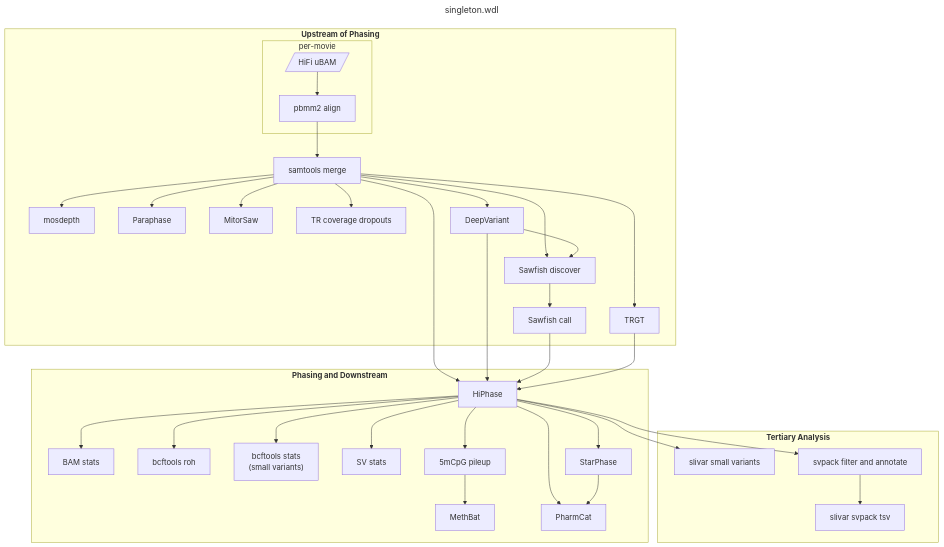
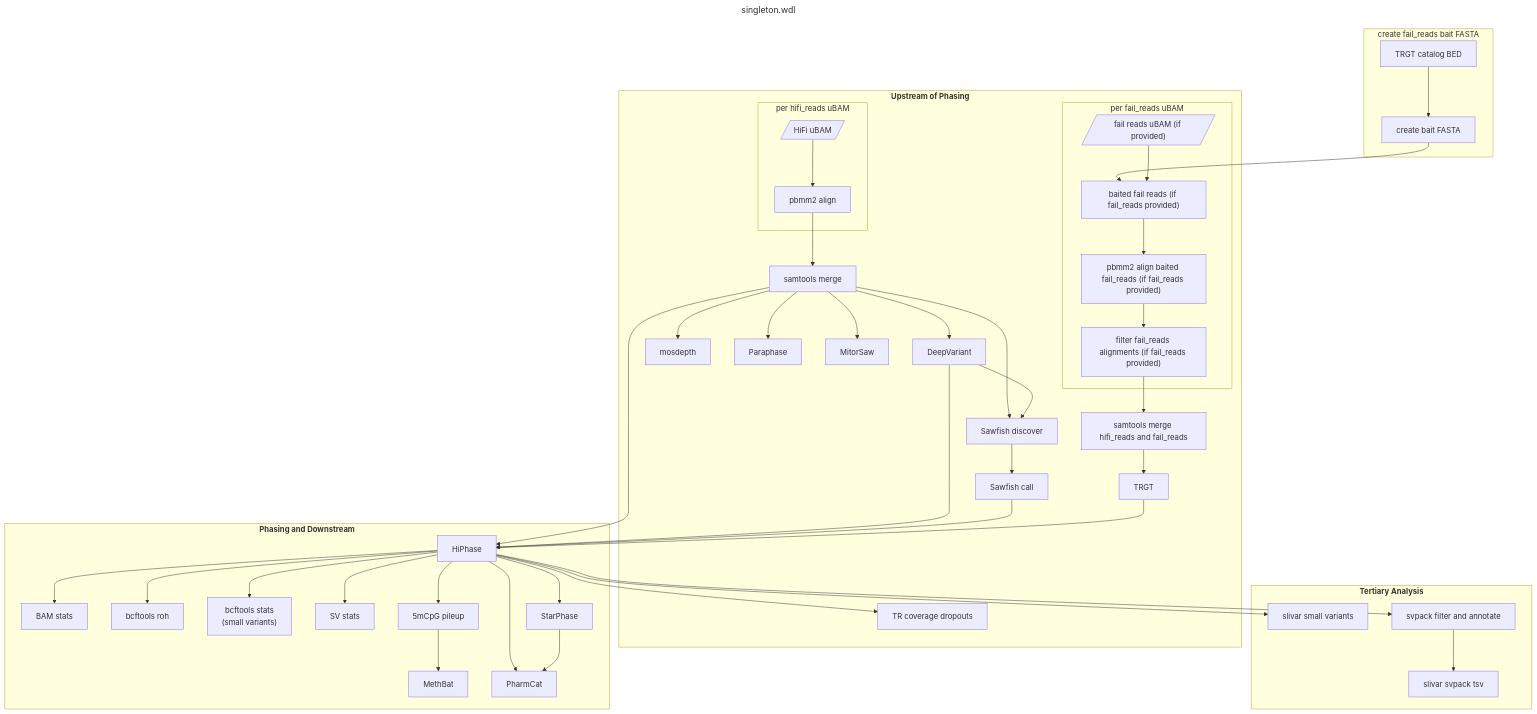
One commit to PacificBiosciences/HiFi-human-WGS-WDL changed the diagram in docs/singleton.md. Above: the diagram before and after it, drawn with Mermaid. The commit also changed other lines of this file and 15 other files, not shown here.

First line of the commit message:
feat: Use fail_reads for TRGT (#253)

````diff
--- a/docs/singleton.md
+++ b/docs/singleton.md
@@ -19,65 +19,78 @@
 ```mermaid
 ---
 title: singleton.wdl
 ---
 flowchart TD
+  subgraph "create fail_reads bait FASTA"
+    trgt_catalog["TRGT catalog BED"]
+    bait_fasta["create bait FASTA"]
+  end
   subgraph "`**Upstream of Phasing**`"
-    subgraph "per-movie"
+    subgraph "per hifi_reads uBAM"
       ubam[/"HiFi uBAM"/]
       pbmm2_align["pbmm2 align"]
     end
+    subgraph "per fail_reads uBAM"
+      fail_ubam[/"fail reads uBAM (if provided)"/]
+      bait_fail_reads["baited fail reads (if fail_reads provided)"]
+      pbmm2_align_fail_reads["pbmm2 align baited fail_reads (if fail_reads provided)"]
+      filter_fail_reads["filter fail_reads alignments (if fail_reads provided)"]
+    end
     samtools_merge["samtools merge"]
+    samtools_merge_fail_reads["samtools merge hifi_reads and fail_reads"]
     mosdepth["mosdepth"]
     paraphase["Paraphase"]
     mitorsaw["MitorSaw"]
     trgt["TRGT"]
     trgt_dropouts["TR coverage dropouts"]
     deepvariant["DeepVariant"]
     sawfish_discover["Sawfish discover"]
     sawfish_call["Sawfish call"]
   end
   subgraph "`**Phasing and Downstream**`"
     hiphase["HiPhase"]
     bam_stats["BAM stats"]
     bcftools_roh["bcftools roh"]
     bcftools_stats["bcftools stats\n(small variants)"]
     sv_stats["SV stats"]
     cpg_pileup["5mCpG pileup"]
     methbat["MethBat"]
     starphase["StarPhase"]
     pharmcat["PharmCat"]
   end
   subgraph "`**Tertiary Analysis**`"
     slivar_small_variants["slivar small variants"]
     svpack["svpack filter and annotate"]
     slivar_svpack["slivar svpack tsv"]
   end
 
+  trgt_catalog --> bait_fasta --> bait_fail_reads
+  fail_ubam --> bait_fail_reads --> pbmm2_align_fail_reads --> filter_fail_reads --> samtools_merge_fail_reads
   ubam --> pbmm2_align --> samtools_merge
   samtools_merge --> mosdepth
   samtools_merge --> paraphase
   samtools_merge --> mitorsaw
-  samtools_merge --> trgt
-  samtools_merge --> trgt_dropouts
+  samtools_merge_fail_reads --> trgt
   samtools_merge --> deepvariant
   samtools_merge --> sawfish_discover
   samtools_merge --> hiphase
   deepvariant --> sawfish_discover
   deepvariant --> hiphase
   sawfish_discover --> sawfish_call --> hiphase
   trgt --> hiphase
 
   hiphase --> bam_stats
   hiphase --> bcftools_roh
   hiphase --> bcftools_stats
   hiphase --> sv_stats
   hiphase --> cpg_pileup
   hiphase --> starphase
   hiphase --> pharmcat
+  hiphase --> trgt_dropouts
   starphase --> pharmcat
   cpg_pileup --> methbat
 
   hiphase --> slivar_small_variants
   hiphase --> svpack
   svpack --> slivar_svpack
 ```
````
